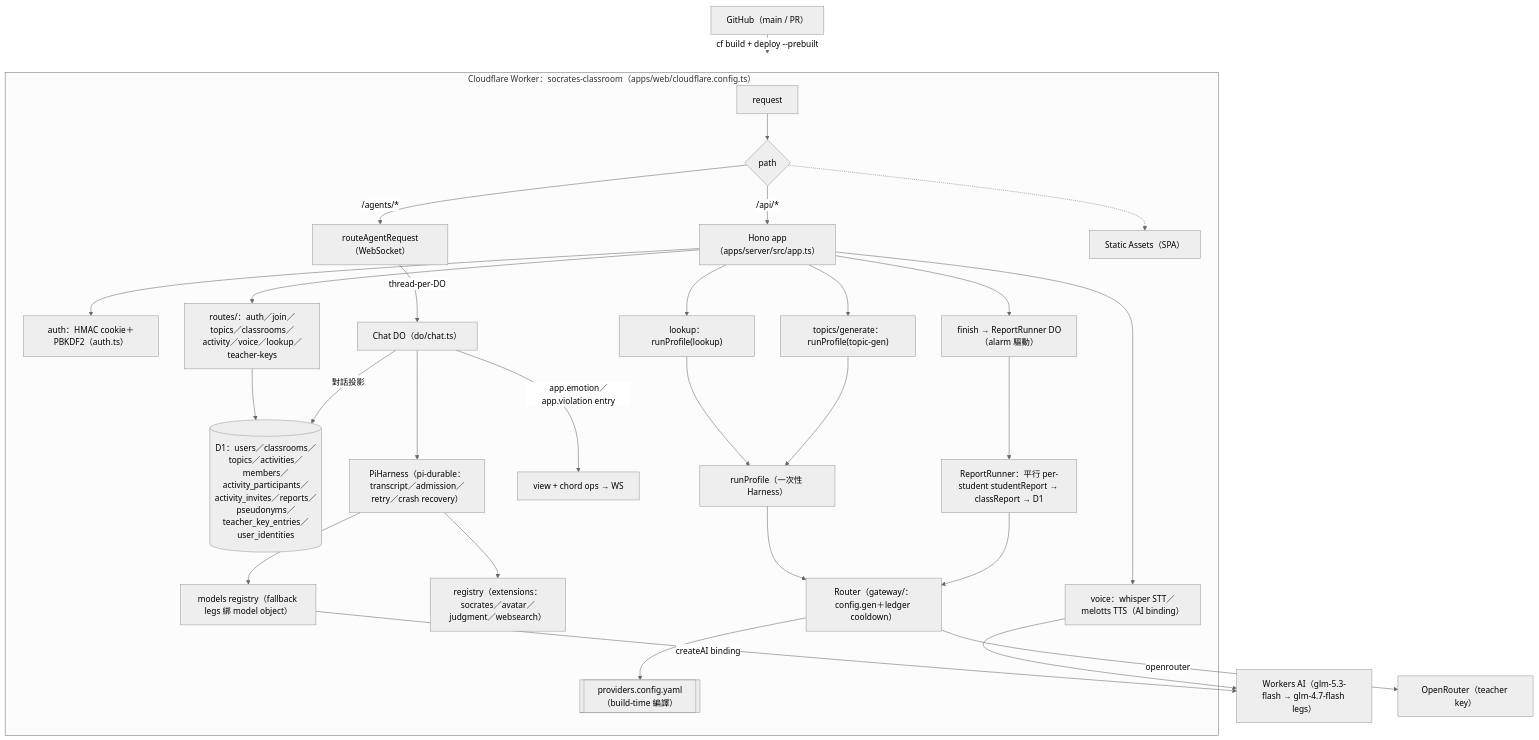
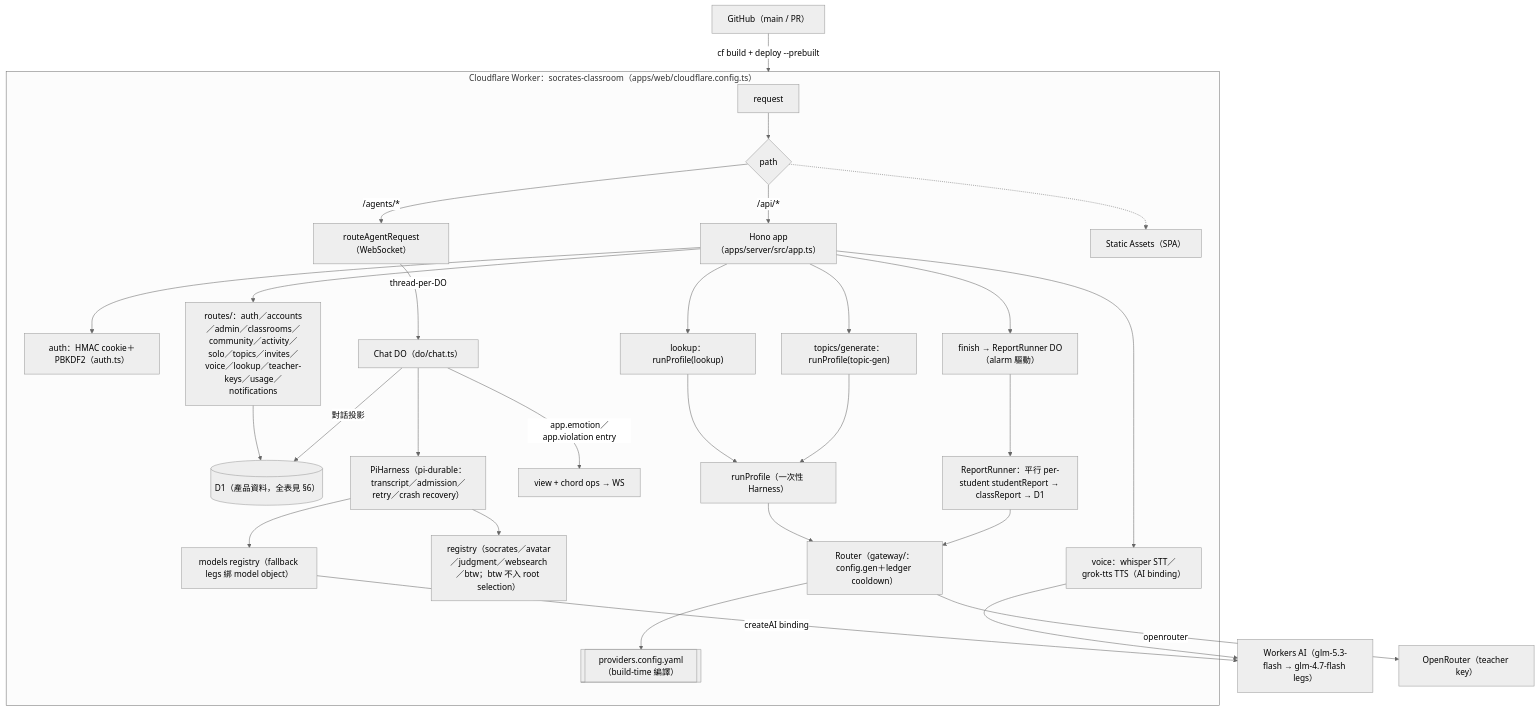
The diagram in docs/architecture.md (ntnu-swe-2026-team4/socrates-classroom), drawn with Mermaid (neutral theme) before and after one commit. The commit also changed other lines of this file and 3 other files, not shown here.

````diff
--- a/docs/architecture.md
+++ b/docs/architecture.md
@@ -21,38 +21,38 @@
 ```mermaid
 flowchart TD
     GH["GitHub（main / PR）"] -->|"cf build + deploy --prebuilt"| WORKER
 
     subgraph WORKER["Cloudflare Worker：socrates-classroom（apps/web/cloudflare.config.ts）"]
         REQ["request"] --> SPLIT{"path"}
         SPLIT -->|"/api/*"| HONO["Hono app（apps/server/src/app.ts）"]
         SPLIT -->|"/agents/*"| AGENT["routeAgentRequest（WebSocket）"]
         SPLIT -.-> SA["Static Assets（SPA）"]
 
         HONO --> AUTH["auth：HMAC cookie＋PBKDF2（auth.ts）"]
-        HONO --> ROUTES["routes/：auth／join／topics／classrooms／activity／voice／lookup／teacher-keys"]
-        ROUTES --> DB[("D1：users／classrooms／topics／activities／members／activity_participants／activity_invites／reports／pseudonyms／teacher_key_entries／user_identities")]
-        HONO --> VOICE["voice：whisper STT／melotts TTS（AI binding）"]
+        HONO --> ROUTES["routes/：auth／accounts／admin／classrooms／community／activity／solo／topics／invites／voice／lookup／teacher-keys／usage／notifications"]
+        ROUTES --> DB[("D1（產品資料，全表見 §6）")]
+        HONO --> VOICE["voice：whisper STT／grok-tts TTS（AI binding）"]
         HONO --> LOOKUP["lookup：runProfile(lookup)"]
         HONO --> GEN["topics/generate：runProfile(topic-gen)"]
         HONO --> FINISH["finish → ReportRunner DO（alarm 驅動）"]
 
         AGENT -->|"thread-per-DO"| CHAT["Chat DO（do/chat.ts）"]
         CHAT --> PH["PiHarness（pi-durable：transcript／admission／retry／crash recovery）"]
-        PH --> REG["registry（extensions：socrates／avatar／judgment／websearch）"]
+        PH --> REG["registry（socrates／avatar／judgment／websearch／btw；btw 不入 root selection）"]
         PH --> MODELS["models registry（fallback legs 綁 model object）"]
         CHAT -->|"app.emotion／app.violation entry"| VIEW["view + chord ops → WS"]
         CHAT -->|"對話投影"| DB
 
         LOOKUP --> RP["runProfile（一次性 Harness）"]
         GEN --> RP
         RP --> ROUTER["Router（gateway/：config.gen＋ledger cooldown）"]
         ROUTER --> CFG[["providers.config.yaml（build-time 編譯）"]]
         FINISH --> RR["ReportRunner：平行 per-student studentReport → classReport → D1"]
         RR --> ROUTER
     end
 
     MODELS -->|"createAI binding"| WAI["Workers AI（glm-5.3-flash → glm-4.7-flash legs）"]
 
     ROUTER -->|"openrouter"| OR["OpenRouter（teacher key）"]
     VOICE --> WAI
 ```
````
